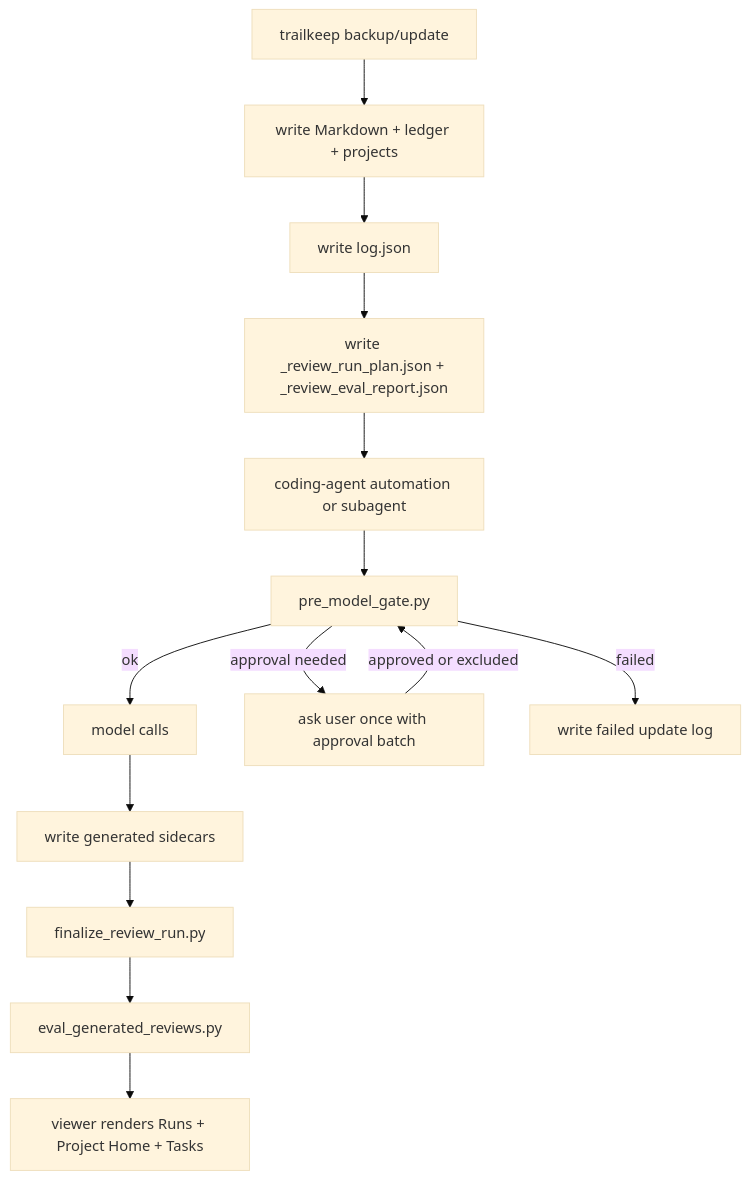
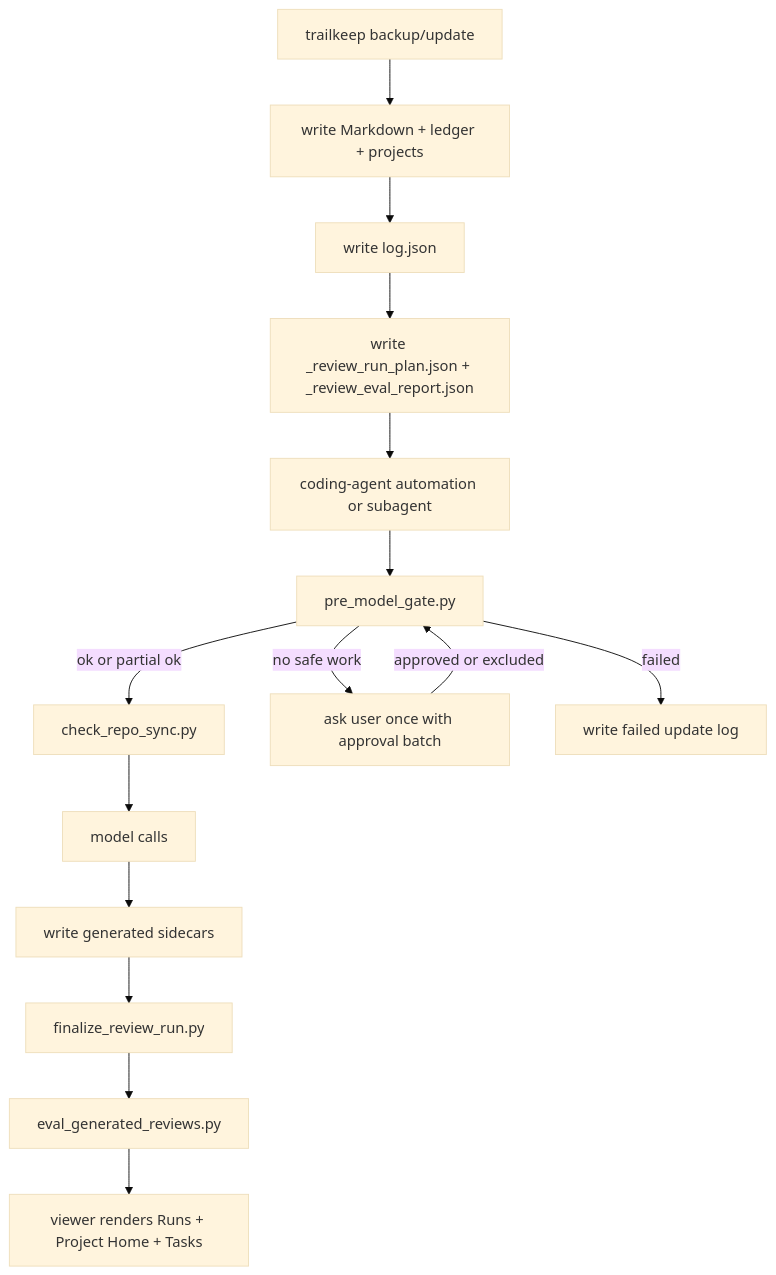
Before and after one commit to lucasgday/trailkeep: the diagram in docs/generative-layer.md, drawn with Mermaid (base theme). The commit also changed other lines of this file and 5 other files, not shown here.

````diff
--- a/docs/generative-layer.md
+++ b/docs/generative-layer.md
@@ -52,16 +55,17 @@
 ```mermaid
 flowchart TD
   A["trailkeep backup/update"] --> B["write Markdown + ledger + projects"]
   B --> C["write log.json"]
   C --> D["write _review_run_plan.json + _review_eval_report.json"]
   D --> E["coding-agent automation or subagent"]
   E --> F["pre_model_gate.py"]
-  F -->|ok| G["model calls"]
-  F -->|approval needed| H["ask user once with approval batch"]
-  F -->|failed| I["write failed update log"]
-  H -->|approved or excluded| F
-  G --> J["write generated sidecars"]
-  J --> K["finalize_review_run.py"]
-  K --> L["eval_generated_reviews.py"]
-  L --> M["viewer renders Runs + Project Home + Tasks"]
+  F -->|ok or partial ok| G["check_repo_sync.py"]
+  G --> H["model calls"]
+  F -->|no safe work| I["ask user once with approval batch"]
+  F -->|failed| J["write failed update log"]
+  I -->|approved or excluded| F
+  H --> K["write generated sidecars"]
+  K --> L["finalize_review_run.py"]
+  L --> M["eval_generated_reviews.py"]
+  M --> N["viewer renders Runs + Project Home + Tasks"]
 ```
````
